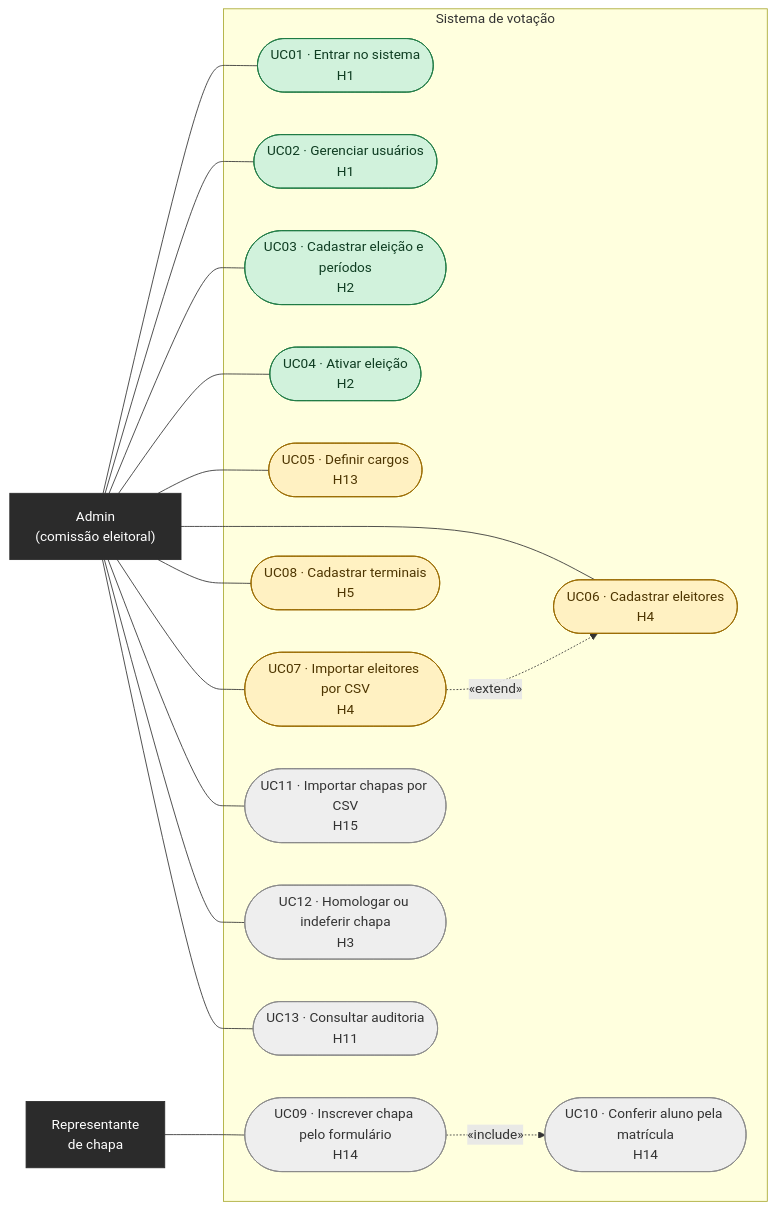
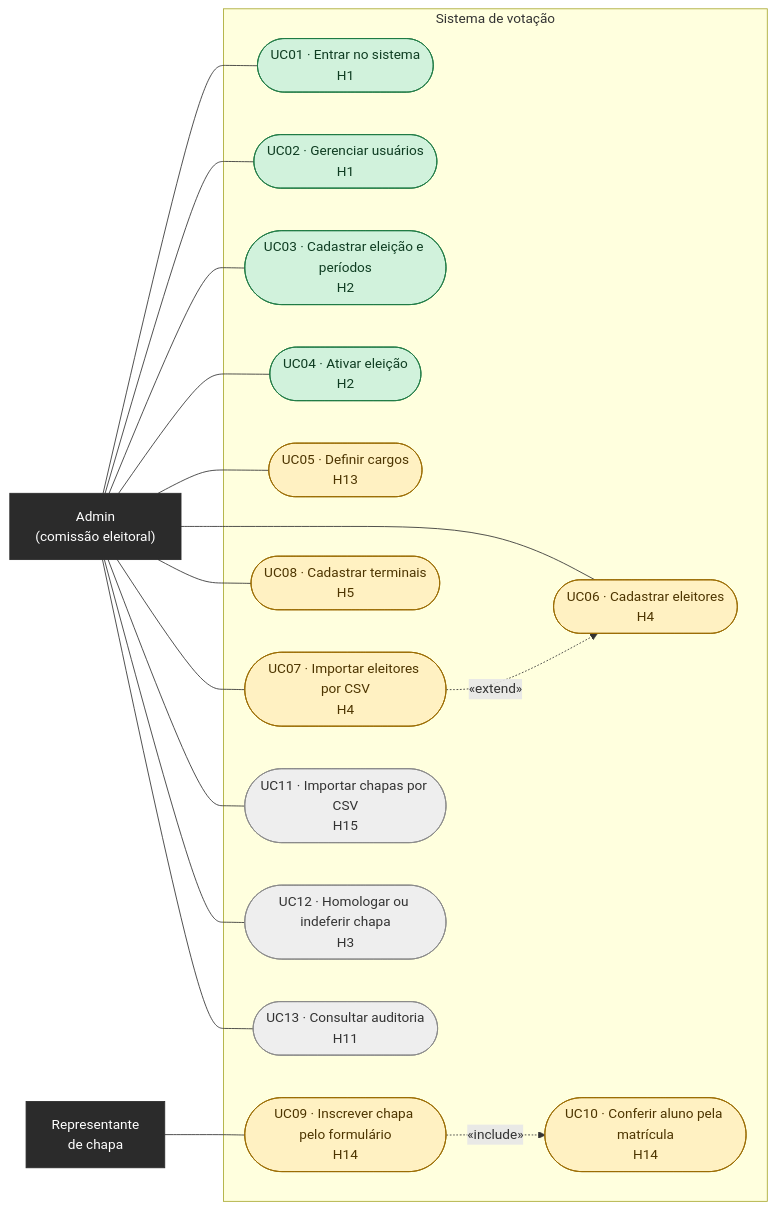
Before and after one commit to prof-ronildo-unicatolica/votacao-digitech: the second of 8 diagrams in docs/DIAGRAMAS.md, drawn with Mermaid. The commit also changed other lines of this file and 20 other files, not shown here.

````diff
--- a/docs/DIAGRAMAS.md
+++ b/docs/DIAGRAMAS.md
@@ -29,45 +29,45 @@
 ```mermaid
 flowchart LR
     ADM["Admin<br/>(comissão eleitoral)"]:::ator
     REP["Representante<br/>de chapa"]:::ator
 
     subgraph SIS["Sistema de votação"]
         UC01(["UC01 · Entrar no sistema<br/>H1"])
         UC02(["UC02 · Gerenciar usuários<br/>H1"])
         UC03(["UC03 · Cadastrar eleição e períodos<br/>H2"])
         UC04(["UC04 · Ativar eleição<br/>H2"])
         UC05(["UC05 · Definir cargos<br/>H13"])
         UC06(["UC06 · Cadastrar eleitores<br/>H4"])
         UC07(["UC07 · Importar eleitores por CSV<br/>H4"])
         UC08(["UC08 · Cadastrar terminais<br/>H5"])
         UC09(["UC09 · Inscrever chapa pelo formulário<br/>H14"])
         UC10(["UC10 · Conferir aluno pela matrícula<br/>H14"])
         UC11(["UC11 · Importar chapas por CSV<br/>H15"])
         UC12(["UC12 · Homologar ou indeferir chapa<br/>H3"])
         UC13(["UC13 · Consultar auditoria<br/>H11"])
     end
 
     ADM --- UC01
     ADM --- UC02
     ADM --- UC03
     ADM --- UC04
     ADM --- UC05
     ADM --- UC06
     ADM --- UC07
     ADM --- UC08
     ADM --- UC11
     ADM --- UC12
     ADM --- UC13
     REP --- UC09
 
     UC07 -. "«extend»" .-> UC06
     UC09 -. "«include»" .-> UC10
 
     class UC01,UC02,UC03,UC04 feito
-    class UC05,UC06,UC07,UC08 revisao
-    class UC09,UC10,UC11,UC12,UC13 afazer
+    class UC05,UC06,UC07,UC08,UC09,UC10 revisao
+    class UC11,UC12,UC13 afazer
     classDef ator fill:#2b2b2b,stroke:#2b2b2b,color:#ffffff
     classDef feito fill:#d1f2dc,stroke:#1e7a44,color:#0f3d22
     classDef revisao fill:#fff1c2,stroke:#9a6b00,color:#4d3500
     classDef afazer fill:#eeeeee,stroke:#8a8a8a,color:#333333
 ```
````
